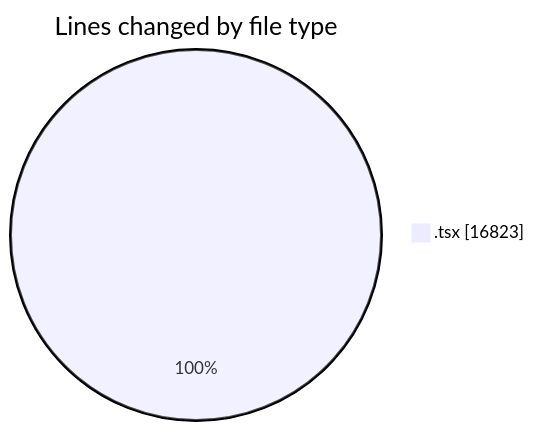
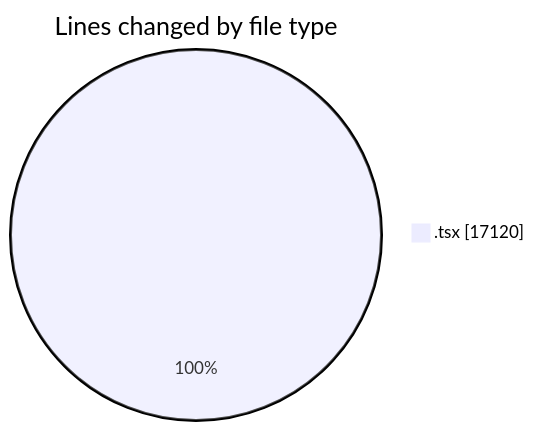
Before and after one commit to nxtqubesakshisongat/code-tracking: the first of 2 diagrams in 2026-08-23/nxtqube_webapp/README.md, drawn with Mermaid. The commit also changed other lines of this file and 1 other file, not shown here.

````diff
--- a/2026-08-23/nxtqube_webapp/README.md
+++ b/2026-08-23/nxtqube_webapp/README.md
@@ -45,5 +47,5 @@
 ```mermaid
 pie showData
 title Lines changed by file type
-".tsx" : 16823
+".tsx" : 17120
 ```
````
